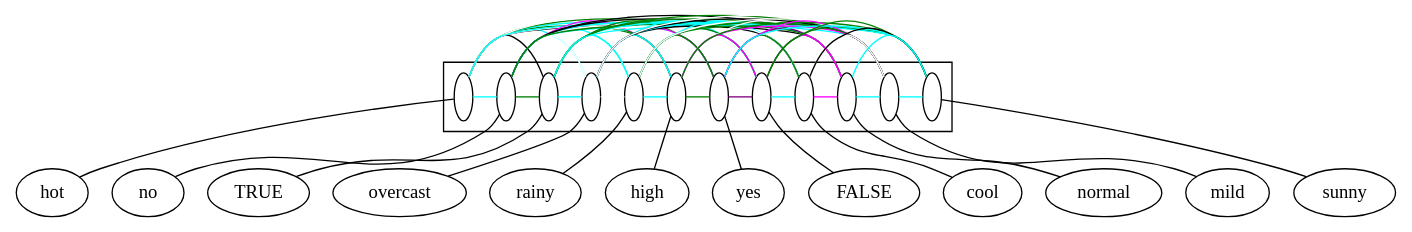
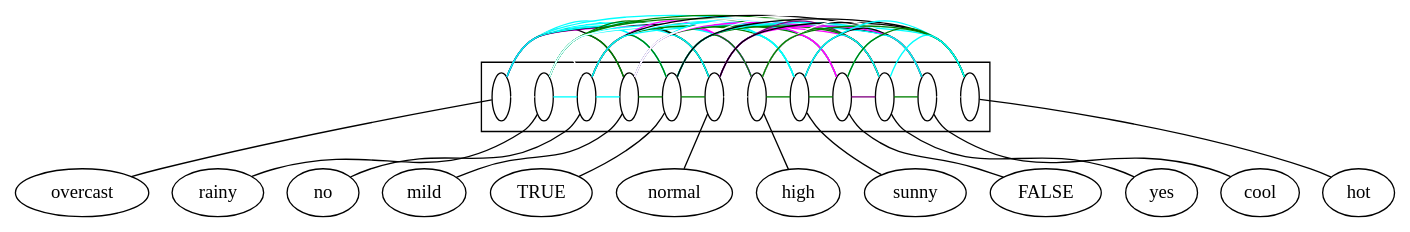
Before and after one commit to lrodrin/TFG: the diagram in src/SQL/Estructura.dot, drawn with Graphviz. The commit also changed 7 other files, not shown here.

```diff
--- a/src/SQL/Estructura.dot
+++ b/src/SQL/Estructura.dot
@@ -1,112 +1,112 @@
 digraph G {
 compound=True;
-hot;
-no;
-TRUE;
 overcast;
 rainy;
+no;
+mild;
+TRUE;
+normal;
 high;
+sunny;
+FALSE;
 yes;
-FALSE;
 cool;
-normal;
-mild;
-sunny;
-subgraph cluster_overcastmildyeshotFALSEcoolnormalnorainyhighTRUEsunny {
-s_hot [fixedsize=True, width=0.2, label=" ", fillcolor=white];
-s_no [fixedsize=True, width=0.2, label=" ", fillcolor=white];
-s_TRUE [fixedsize=True, width=0.2, label=" ", fillcolor=white];
-s_overcast [fixedsize=True, width=0.2, label=" ", fillcolor=white];
-s_rainy [fixedsize=True, width=0.2, label=" ", fillcolor=white];
-s_high [fixedsize=True, width=0.2, label=" ", fillcolor=white];
-s_yes [fixedsize=True, width=0.2, label=" ", fillcolor=white];
-s_FALSE [fixedsize=True, width=0.2, label=" ", fillcolor=white];
-s_cool [fixedsize=True, width=0.2, label=" ", fillcolor=white];
-s_normal [fixedsize=True, width=0.2, label=" ", fillcolor=white];
-s_mild [fixedsize=True, width=0.2, label=" ", fillcolor=white];
-s_sunny [fixedsize=True, width=0.2, label=" ", fillcolor=white];
+hot;
+subgraph cluster_highcoolrainyovercasthotFALSEyesmildTRUEnormalsunnyno {
+s_overcast [fixedsize=True, fillcolor=white, width=0.2, label=" "];
+s_rainy [fixedsize=True, fillcolor=white, width=0.2, label=" "];
+s_no [fixedsize=True, fillcolor=white, width=0.2, label=" "];
+s_mild [fixedsize=True, fillcolor=white, width=0.2, label=" "];
+s_TRUE [fixedsize=True, fillcolor=white, width=0.2, label=" "];
+s_normal [fixedsize=True, fillcolor=white, width=0.2, label=" "];
+s_high [fixedsize=True, fillcolor=white, width=0.2, label=" "];
+s_sunny [fixedsize=True, fillcolor=white, width=0.2, label=" "];
+s_FALSE [fixedsize=True, fillcolor=white, width=0.2, label=" "];
+s_yes [fixedsize=True, fillcolor=white, width=0.2, label=" "];
+s_cool [fixedsize=True, fillcolor=white, width=0.2, label=" "];
+s_hot [fixedsize=True, fillcolor=white, width=0.2, label=" "];
 subgraph  {
 rank=same;
-s_hot -> s_no  [color=cyan, arrowhead=none];
-s_hot -> s_TRUE  [color=black, arrowhead=none];
-s_hot -> s_overcast  [color=cyan, arrowhead=none];
-s_hot -> s_rainy  [color=white, arrowhead=none];
-s_hot -> s_high  [color=green, arrowhead=none];
-s_hot -> s_yes  [color=cyan, arrowhead=none];
-s_hot -> s_FALSE  [color=green, arrowhead=none];
-s_hot -> s_cool  [color=white, arrowhead=none];
-s_hot -> s_normal  [color=black, arrowhead=none];
-s_hot -> s_mild  [color=white, arrowhead=none];
-s_hot -> s_sunny  [color=cyan, arrowhead=none];
-s_no -> s_TRUE  [color=green, arrowhead=none];
-s_no -> s_overcast  [color=white, arrowhead=none];
-s_no -> s_rainy  [color=cyan, arrowhead=none];
-s_no -> s_high  [color=magenta, arrowhead=none];
-s_no -> s_yes  [color=white, arrowhead=none];
-s_no -> s_FALSE  [color=cyan, arrowhead=none];
-s_no -> s_cool  [color=black, arrowhead=none];
-s_no -> s_normal  [color=black, arrowhead=none];
-s_no -> s_mild  [color=cyan, arrowhead=none];
-s_no -> s_sunny  [color=green, arrowhead=none];
-s_TRUE -> s_overcast  [color=cyan, arrowhead=none];
-s_TRUE -> s_rainy  [color=cyan, arrowhead=none];
-s_TRUE -> s_high  [color=green, arrowhead=none];
-s_TRUE -> s_yes  [color=green, arrowhead=none];
-s_TRUE -> s_FALSE  [color=white, arrowhead=none];
-s_TRUE -> s_cool  [color=cyan, arrowhead=none];
-s_TRUE -> s_normal  [color=green, arrowhead=none];
-s_TRUE -> s_mild  [color=green, arrowhead=none];
-s_TRUE -> s_sunny  [color=cyan, arrowhead=none];
-s_overcast -> s_rainy  [color=white, arrowhead=none];
-s_overcast -> s_high  [color=cyan, arrowhead=none];
-s_overcast -> s_yes  [color=magenta, arrowhead=none];
-s_overcast -> s_FALSE  [color=cyan, arrowhead=none];
-s_overcast -> s_cool  [color=black, arrowhead=none];
-s_overcast -> s_normal  [color=cyan, arrowhead=none];
-s_overcast -> s_mild  [color=black, arrowhead=none];
-s_overcast -> s_sunny  [color=white, arrowhead=none];
-s_rainy -> s_high  [color=cyan, arrowhead=none];
-s_rainy -> s_yes  [color=green, arrowhead=none];
-s_rainy -> s_FALSE  [color=green, arrowhead=none];
-s_rainy -> s_cool  [color=cyan, arrowhead=none];
-s_rainy -> s_normal  [color=green, arrowhead=none];
-s_rainy -> s_mild  [color=green, arrowhead=none];
-s_rainy -> s_sunny  [color=white, arrowhead=none];
-s_high -> s_yes  [color=green, arrowhead=none];
-s_high -> s_FALSE  [color=magenta, arrowhead=none];
-s_high -> s_cool  [color=white, arrowhead=none];
-s_high -> s_normal  [color=white, arrowhead=none];
-s_high -> s_mild  [color=magenta, arrowhead=none];
-s_high -> s_sunny  [color=green, arrowhead=none];
-s_yes -> s_FALSE  [color=purple, arrowhead=none];
-s_yes -> s_cool  [color=green, arrowhead=none];
-s_yes -> s_normal  [color=purple, arrowhead=none];
-s_yes -> s_mild  [color=magenta, arrowhead=none];
-s_yes -> s_sunny  [color=cyan, arrowhead=none];
-s_FALSE -> s_cool  [color=cyan, arrowhead=none];
-s_FALSE -> s_normal  [color=magenta, arrowhead=none];
-s_FALSE -> s_mild  [color=green, arrowhead=none];
-s_FALSE -> s_sunny  [color=green, arrowhead=none];
-s_cool -> s_normal  [color=magenta, arrowhead=none];
-s_cool -> s_mild  [color=white, arrowhead=none];
-s_cool -> s_sunny  [color=black, arrowhead=none];
-s_normal -> s_mild  [color=cyan, arrowhead=none];
-s_normal -> s_sunny  [color=cyan, arrowhead=none];
-s_mild -> s_sunny  [color=cyan, arrowhead=none];
+s_overcast -> s_rainy  [arrowhead=none, color=white];
+s_overcast -> s_no  [arrowhead=none, color=white];
+s_overcast -> s_mild  [arrowhead=none, color=black];
+s_overcast -> s_TRUE  [arrowhead=none, color=cyan];
+s_overcast -> s_normal  [arrowhead=none, color=cyan];
+s_overcast -> s_high  [arrowhead=none, color=cyan];
+s_overcast -> s_sunny  [arrowhead=none, color=white];
+s_overcast -> s_FALSE  [arrowhead=none, color=cyan];
+s_overcast -> s_yes  [arrowhead=none, color=magenta];
+s_overcast -> s_cool  [arrowhead=none, color=black];
+s_overcast -> s_hot  [arrowhead=none, color=cyan];
+s_rainy -> s_no  [arrowhead=none, color=cyan];
+s_rainy -> s_mild  [arrowhead=none, color=green];
+s_rainy -> s_TRUE  [arrowhead=none, color=cyan];
+s_rainy -> s_normal  [arrowhead=none, color=green];
+s_rainy -> s_high  [arrowhead=none, color=cyan];
+s_rainy -> s_sunny  [arrowhead=none, color=white];
+s_rainy -> s_FALSE  [arrowhead=none, color=green];
+s_rainy -> s_yes  [arrowhead=none, color=green];
+s_rainy -> s_cool  [arrowhead=none, color=cyan];
+s_rainy -> s_hot  [arrowhead=none, color=white];
+s_no -> s_mild  [arrowhead=none, color=cyan];
+s_no -> s_TRUE  [arrowhead=none, color=green];
+s_no -> s_normal  [arrowhead=none, color=black];
+s_no -> s_high  [arrowhead=none, color=magenta];
+s_no -> s_sunny  [arrowhead=none, color=green];
+s_no -> s_FALSE  [arrowhead=none, color=cyan];
+s_no -> s_yes  [arrowhead=none, color=white];
+s_no -> s_cool  [arrowhead=none, color=black];
+s_no -> s_hot  [arrowhead=none, color=cyan];
+s_mild -> s_TRUE  [arrowhead=none, color=green];
+s_mild -> s_normal  [arrowhead=none, color=cyan];
+s_mild -> s_high  [arrowhead=none, color=magenta];
+s_mild -> s_sunny  [arrowhead=none, color=cyan];
+s_mild -> s_FALSE  [arrowhead=none, color=green];
+s_mild -> s_yes  [arrowhead=none, color=magenta];
+s_mild -> s_cool  [arrowhead=none, color=white];
+s_mild -> s_hot  [arrowhead=none, color=white];
+s_TRUE -> s_normal  [arrowhead=none, color=green];
+s_TRUE -> s_high  [arrowhead=none, color=green];
+s_TRUE -> s_sunny  [arrowhead=none, color=cyan];
+s_TRUE -> s_FALSE  [arrowhead=none, color=white];
+s_TRUE -> s_yes  [arrowhead=none, color=green];
+s_TRUE -> s_cool  [arrowhead=none, color=cyan];
+s_TRUE -> s_hot  [arrowhead=none, color=black];
+s_normal -> s_high  [arrowhead=none, color=white];
+s_normal -> s_sunny  [arrowhead=none, color=cyan];
+s_normal -> s_FALSE  [arrowhead=none, color=magenta];
+s_normal -> s_yes  [arrowhead=none, color=purple];
+s_normal -> s_cool  [arrowhead=none, color=magenta];
+s_normal -> s_hot  [arrowhead=none, color=black];
+s_high -> s_sunny  [arrowhead=none, color=green];
+s_high -> s_FALSE  [arrowhead=none, color=magenta];
+s_high -> s_yes  [arrowhead=none, color=green];
+s_high -> s_cool  [arrowhead=none, color=white];
+s_high -> s_hot  [arrowhead=none, color=green];
+s_sunny -> s_FALSE  [arrowhead=none, color=green];
+s_sunny -> s_yes  [arrowhead=none, color=cyan];
+s_sunny -> s_cool  [arrowhead=none, color=black];
+s_sunny -> s_hot  [arrowhead=none, color=cyan];
+s_FALSE -> s_yes  [arrowhead=none, color=purple];
+s_FALSE -> s_cool  [arrowhead=none, color=cyan];
+s_FALSE -> s_hot  [arrowhead=none, color=green];
+s_yes -> s_cool  [arrowhead=none, color=green];
+s_yes -> s_hot  [arrowhead=none, color=cyan];
+s_cool -> s_hot  [arrowhead=none, color=white];
 }
 
 }
 
-s_hot -> hot  [arrowhead=none];
-s_no -> no  [arrowhead=none];
-s_TRUE -> TRUE  [arrowhead=none];
 s_overcast -> overcast  [arrowhead=none];
 s_rainy -> rainy  [arrowhead=none];
+s_no -> no  [arrowhead=none];
+s_mild -> mild  [arrowhead=none];
+s_TRUE -> TRUE  [arrowhead=none];
+s_normal -> normal  [arrowhead=none];
 s_high -> high  [arrowhead=none];
+s_sunny -> sunny  [arrowhead=none];
+s_FALSE -> FALSE  [arrowhead=none];
 s_yes -> yes  [arrowhead=none];
-s_FALSE -> FALSE  [arrowhead=none];
 s_cool -> cool  [arrowhead=none];
-s_normal -> normal  [arrowhead=none];
-s_mild -> mild  [arrowhead=none];
-s_sunny -> sunny  [arrowhead=none];
+s_hot -> hot  [arrowhead=none];
 }
```
